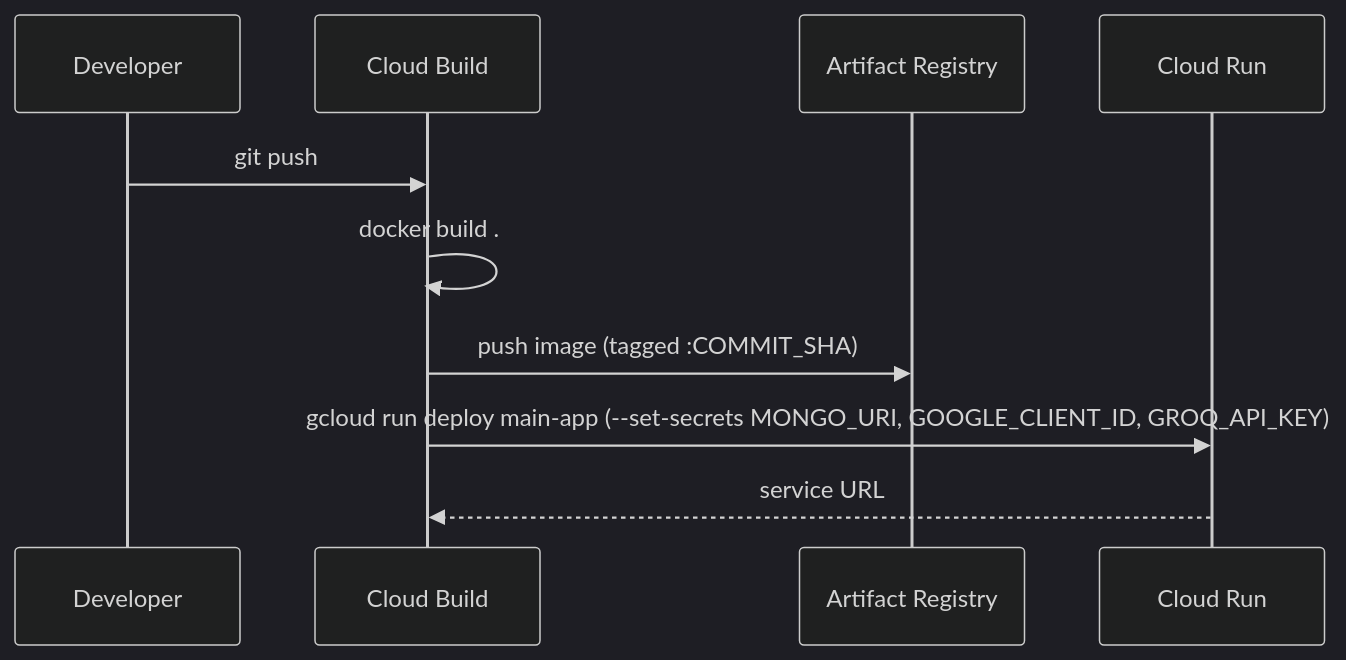
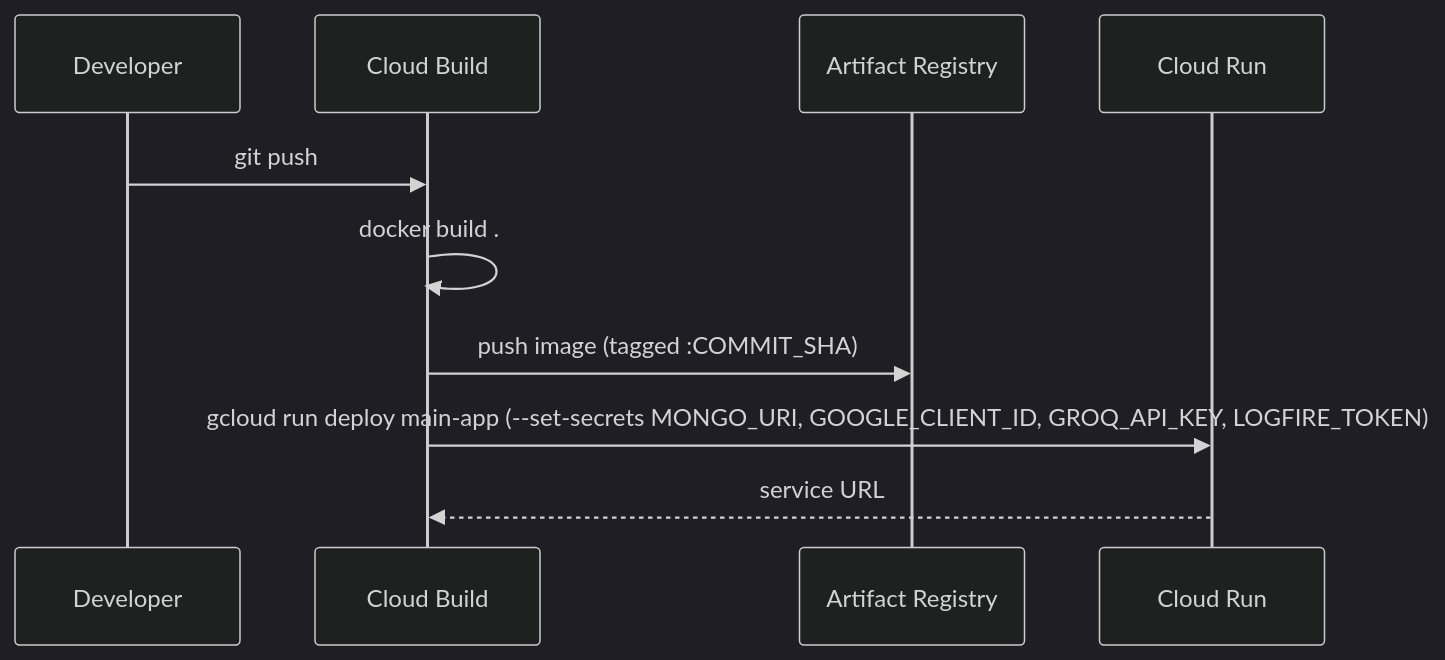
One commit to d-hackmt/ecom-store-gcp changed the diagram in docs/07-deployment.md. Above: the diagram before and after it, drawn with Mermaid (dark theme). The commit also changed other lines of this file and 7 other files, not shown here.

First line of the commit message:
Wire LOGFIRE_TOKEN through deploy, add targeted manual tracing

````diff
--- a/docs/07-deployment.md
+++ b/docs/07-deployment.md
@@ -44,13 +47,13 @@
 ```mermaid
 sequenceDiagram
     participant Dev as Developer
     participant CB as Cloud Build
     participant AR as Artifact Registry
     participant CR as Cloud Run
 
     Dev->>CB: git push
     CB->>CB: docker build .
     CB->>AR: push image (tagged :COMMIT_SHA)
-    CB->>CR: gcloud run deploy main-app (--set-secrets MONGO_URI, GOOGLE_CLIENT_ID, GROQ_API_KEY)
+    CB->>CR: gcloud run deploy main-app (--set-secrets MONGO_URI, GOOGLE_CLIENT_ID, GROQ_API_KEY, LOGFIRE_TOKEN)
     CR-->>CB: service URL
 ```
````
